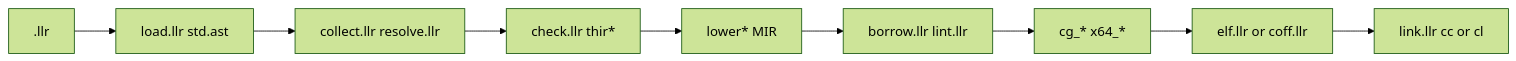
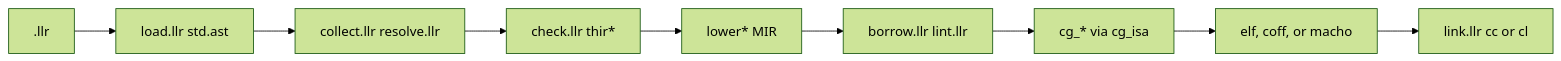
Before and after one commit to AVoSI-VI/Llrst: the diagram in HANDOFF.md, drawn with Mermaid (forest theme). The commit also changed other lines of this file and 11 other files, not shown here.

````diff
--- a/HANDOFF.md
+++ b/HANDOFF.md
@@ -59,6 +59,6 @@
 ```mermaid
 flowchart LR
   src[".llr"] --> load["load.llr std.ast"] --> resolve["collect.llr resolve.llr"]
   resolve --> check["check.llr thir*"] --> mir["lower* MIR"] --> borrow["borrow.llr lint.llr"]
-  borrow --> cg["cg_* x64_*"] --> obj["elf.llr or coff.llr"] --> link["link.llr cc or cl"]
+  borrow --> cg["cg_* via cg_isa"] --> obj["elf, coff, or macho"] --> link["link.llr cc or cl"]
 ```
````
